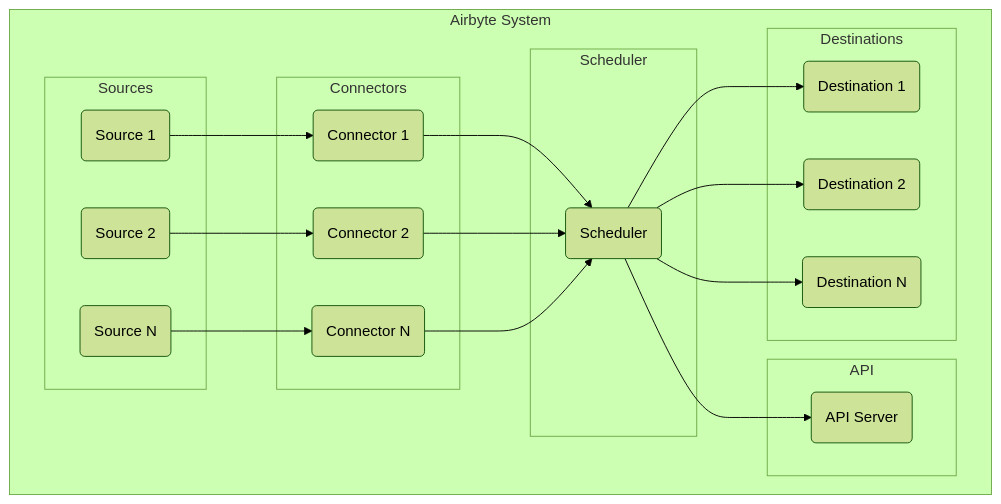
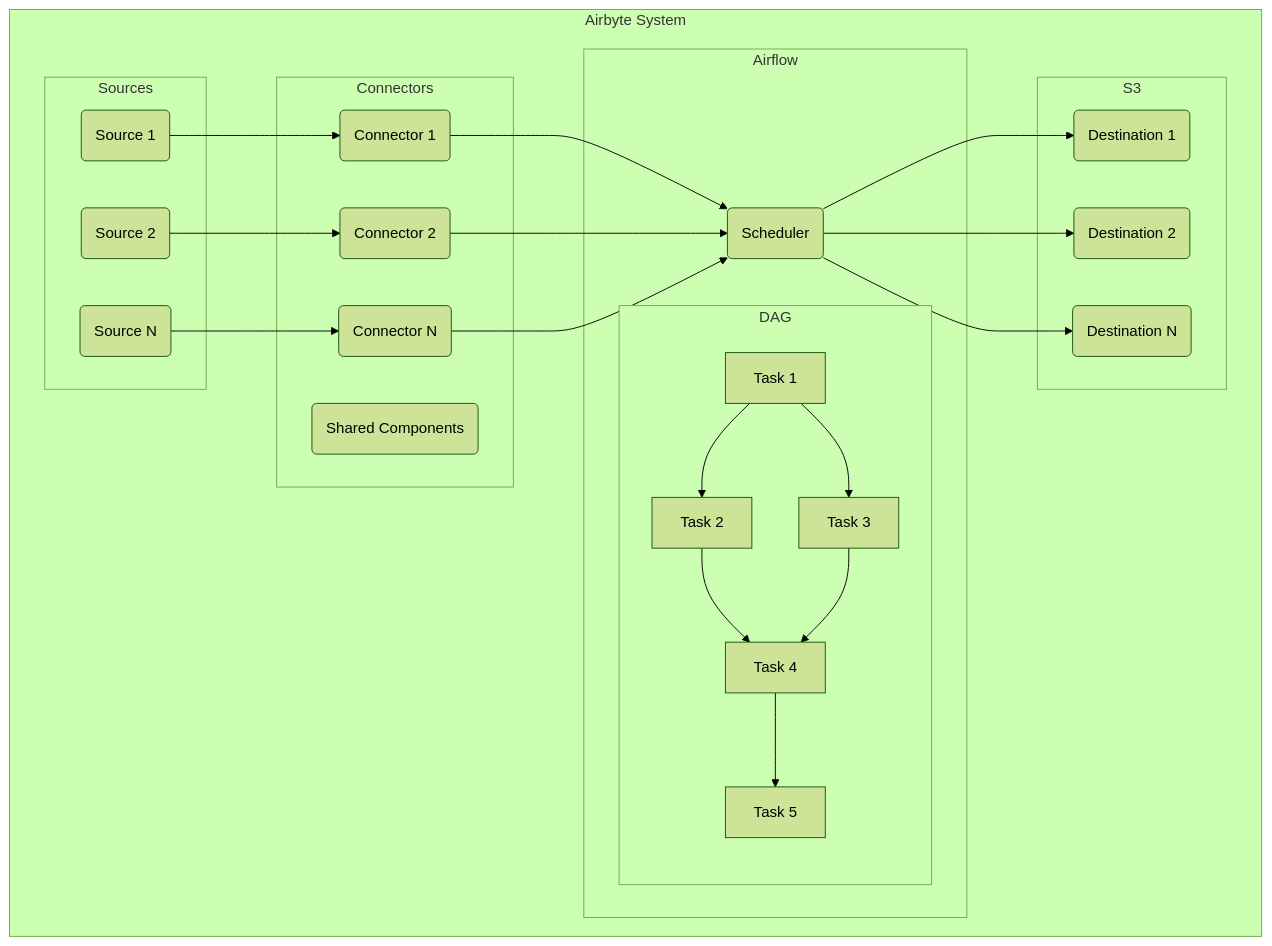
The first of 3 diagrams in README.md (peddadap/design_templates), drawn with Mermaid (forest theme) before and after one commit.

Commit message:
added dag

````diff
--- a/README.md
+++ b/README.md
@@ -41,44 +41,55 @@
 ```mermaid
 
 graph TB
+  
   subgraph "Airbyte System"
     subgraph "Sources"
       A(Source 1)
       B(Source 2)
       C(Source N)
     end
 
     subgraph "Connectors"
       D(Connector 1)
       E(Connector 2)
       F(Connector N)
+      SC(Shared Components)
     end
 
-    subgraph "Scheduler"
+    subgraph "Airflow"
       G(Scheduler)
+      subgraph "DAG"
+        1[Task 1]
+        2[Task 2]
+        3[Task 3]
+        4[Task 4]
+        5[Task 5]
+    end
     end
 
-    subgraph "API"
-      H(API Server)
-    end
-
-    subgraph "Destinations"
+ 
+    subgraph "S3"
       I(Destination 1)
       J(Destination 2)
       K(Destination N)
     end
 end
 
   A --> D
   B --> E
   C --> F
   D --> G
   E --> G
   F --> G
-  G --> H
+
   G --> I
   G --> J
   G --> K
+   1--> 2
+  1 --> 3
+  2 --> 4
+  3 --> 4
+  4 --> 5
 
 
 ```
````
